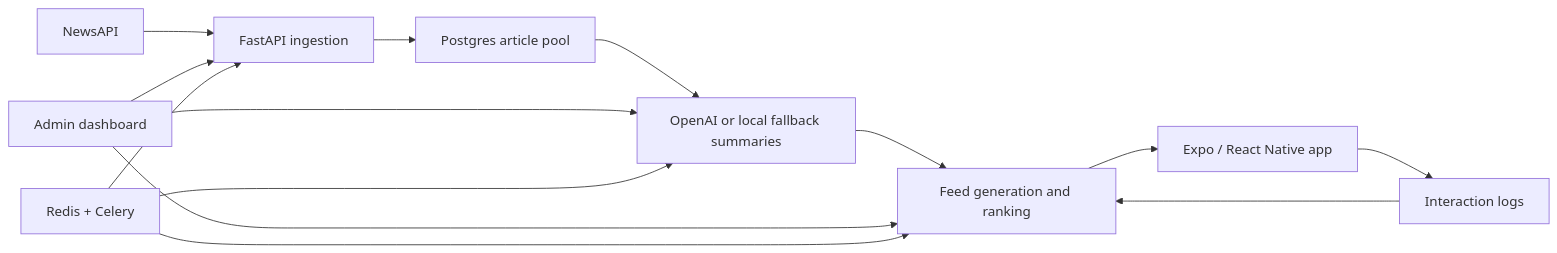
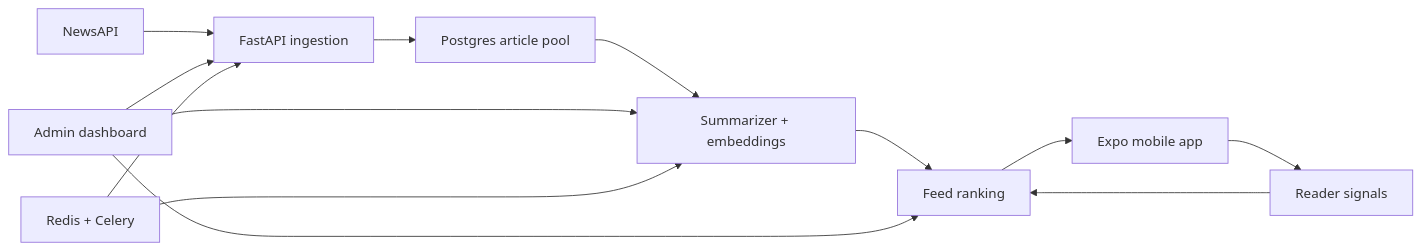
One commit to ananyasrivastav12/news changed the diagram in README.md. Above: the diagram before and after it, drawn with Mermaid. The commit also changed other lines of this file and 126 other files, not shown here.

````diff
--- a/README.md
+++ b/README.md
@@ -7,16 +43,15 @@
 ```mermaid
 flowchart LR
   A["NewsAPI"] --> B["FastAPI ingestion"]
   B --> C["Postgres article pool"]
-  C --> D["OpenAI or local fallback summaries"]
-  D --> E["Feed generation and ranking"]
-  E --> F["Expo / React Native app"]
-  F --> G["Interaction logs"]
+  C --> D["Summarizer + embeddings"]
+  D --> E["Feed ranking"]
+  E --> F["Expo mobile app"]
+  F --> G["Reader signals"]
   G --> E
   H["Admin dashboard"] --> B
   H --> D
   H --> E
   I["Redis + Celery"] --> B
   I --> D
-  I --> E
 ```
````
